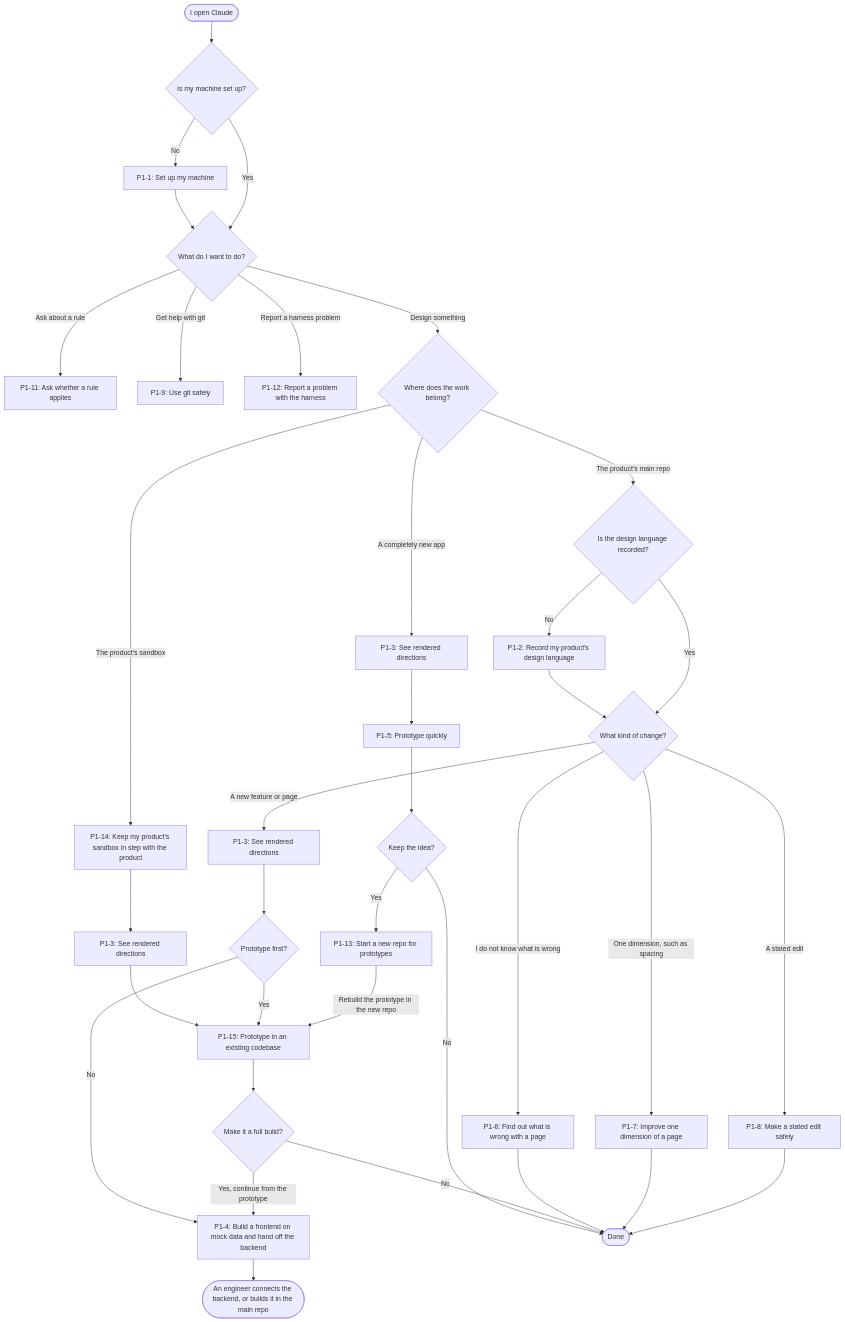
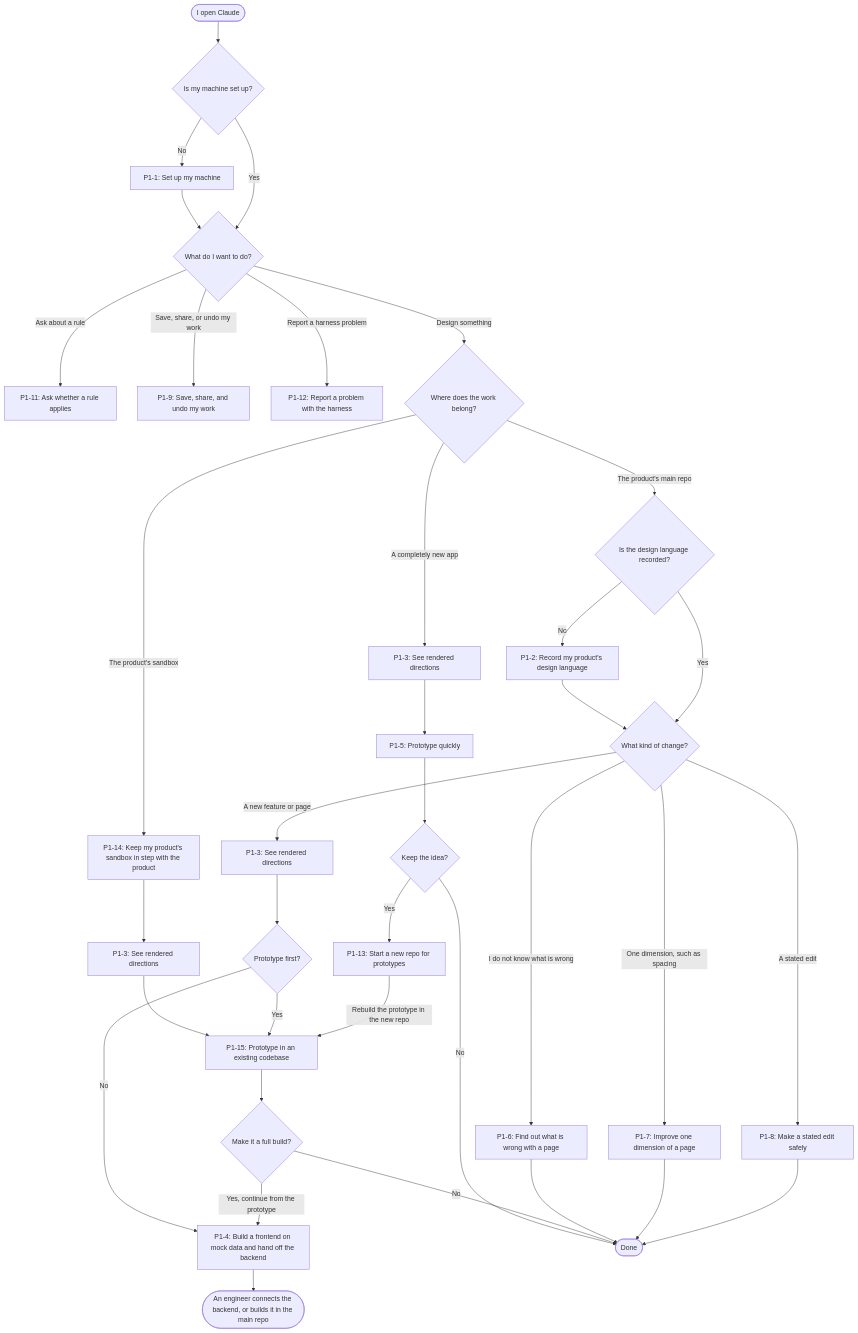
Before and after one commit to transformteamsg/dx-harness: the diagram in docs/specs/2026-10-05-design-revamp/stories/p1-designer.md, drawn with Mermaid. The commit also changed other lines of this file, not shown here.

First line of the commit message:
docs(`specs`): state three P1 principles, rewrite P1-9 as save, share, and undo, and retire P1-10

````diff
--- a/docs/specs/2026-10-05-design-revamp/stories/p1-designer.md
+++ b/docs/specs/2026-10-05-design-revamp/stories/p1-designer.md
@@ -31,39 +47,39 @@
 ```mermaid
 flowchart TD
     start([I open Claude]) --> setup{Is my machine set up?}
     setup -- No --> P1_1["P1-1: Set up my machine"] --> want
     setup -- Yes --> want{What do I want to do?}
 
     want -- Ask about a rule --> P1_11["P1-11: Ask whether a rule applies"]
-    want -- Get help with git --> P1_9["P1-9: Use git safely"]
+    want -- "Save, share, or undo my work" --> P1_9["P1-9: Save, share, and undo my work"]
     want -- Report a harness problem --> P1_12["P1-12: Report a problem with the harness"]
     want -- Design something --> repo{Where does the work belong?}
 
     repo -- A completely new app --> dirA["P1-3: See rendered directions"] --> P1_5["P1-5: Prototype quickly"]
     repo -- "The product's sandbox" --> P1_14["P1-14: Keep my product's sandbox in step with the product"]
     repo -- The product's main repo --> lang{Is the design language recorded?}
 
     P1_14 --> dirB["P1-3: See rendered directions"] --> P1_15
 
     lang -- No --> P1_2["P1-2: Record my product's design language"] --> change
     lang -- Yes --> change{What kind of change?}
     change -- A stated edit --> P1_8["P1-8: Make a stated edit safely"]
     change -- I do not know what is wrong --> P1_6["P1-6: Find out what is wrong with a page"]
     change -- "One dimension, such as spacing" --> P1_7["P1-7: Improve one dimension of a page"]
     change -- A new feature or page --> dirC["P1-3: See rendered directions"] --> proto{Prototype first?}
     proto -- Yes --> P1_15["P1-15: Prototype in an existing codebase"]
     proto -- No --> P1_4["P1-4: Build a frontend on mock data and hand off the backend"]
 
     P1_5 --> keep5{Keep the idea?}
     keep5 -- Yes --> P1_13["P1-13: Start a new repo for prototypes"]
     P1_13 -- "Rebuild the prototype in the new repo" --> P1_15
     P1_15 --> full15{Make it a full build?}
     full15 -- "Yes, continue from the prototype" --> P1_4
 
     P1_4 --> handoff(["An engineer connects the backend, or builds it in the main repo"])
     keep5 -- No --> done([Done])
     full15 -- No --> done
     P1_6 --> done
     P1_7 --> done
     P1_8 --> done
 ```
````
